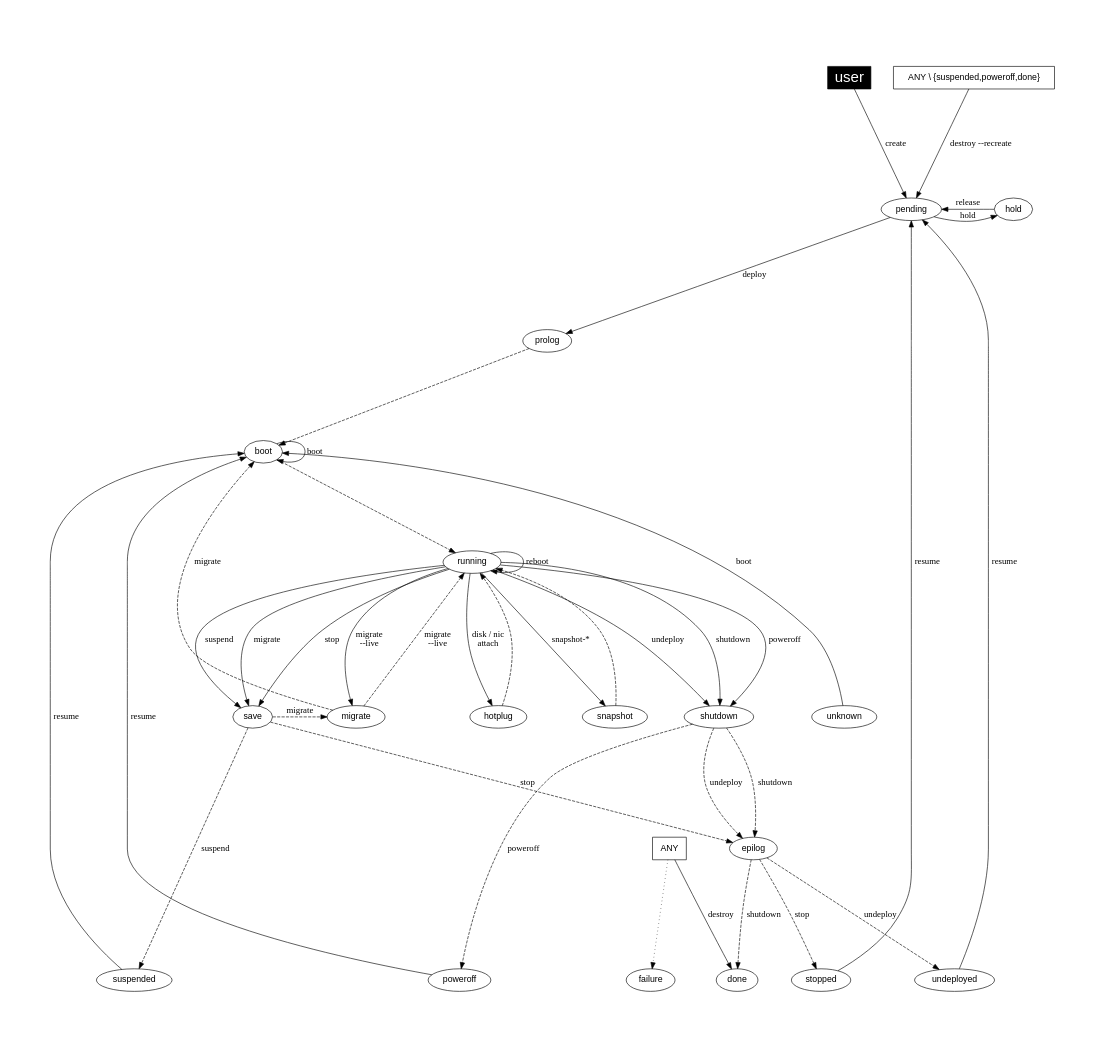
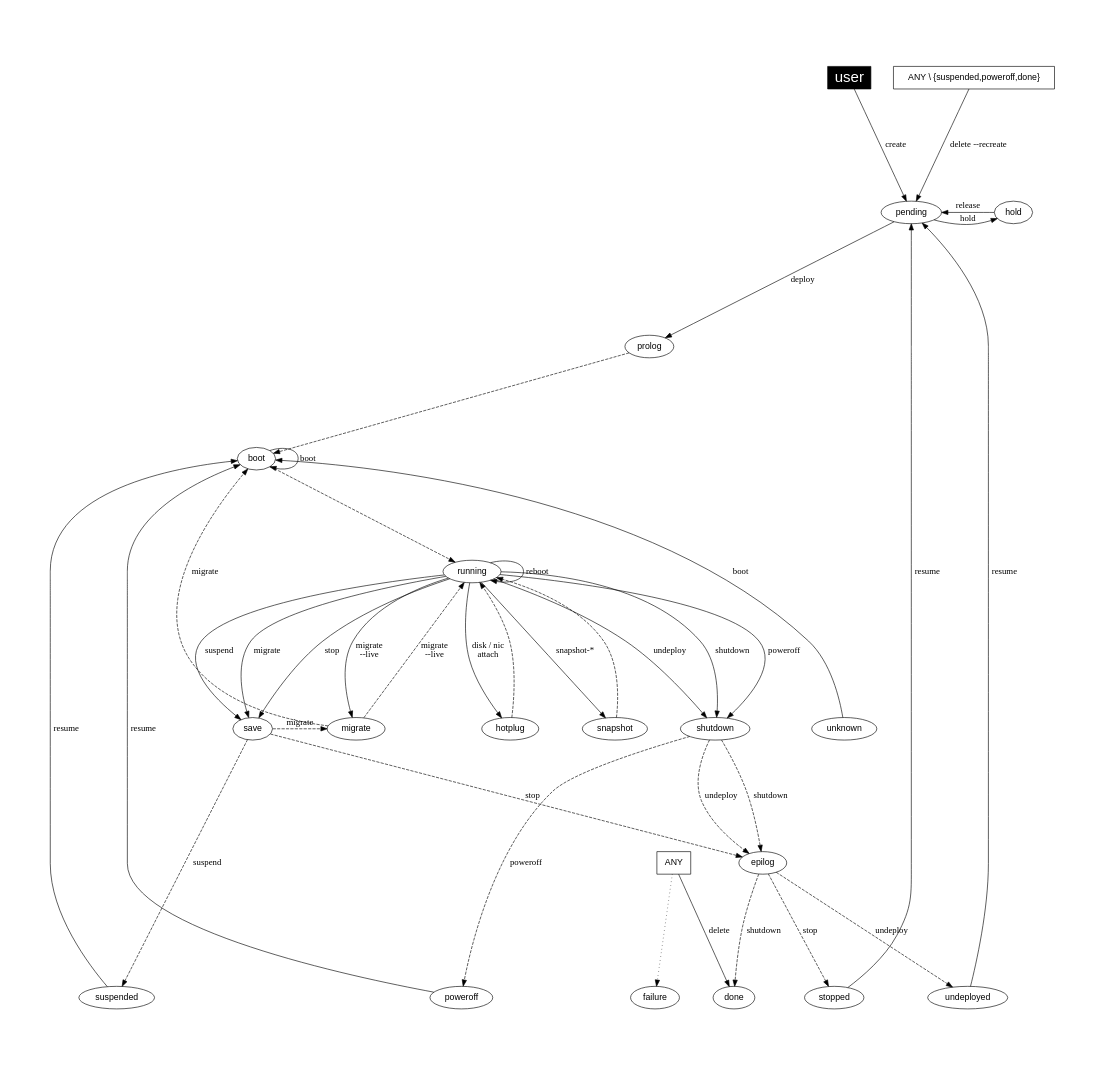
One commit to OpenNebula/one changed the diagram in share/doc/states/states-simple.dot. Above: the diagram before and after it, drawn with Graphviz. The commit also changed 16 other files, not shown here.

Commit message:
Rename onevm destroy to onevm delete

```diff
--- a/share/doc/states/states-simple.dot
+++ b/share/doc/states/states-simple.dot
@@ -1,104 +1,104 @@
 
 
 digraph OpenNebula {
     graph [
         nodesep= 0.5,
         ratio=1,
         pad=1,
     ];
 
     node [fontname="Helvetica"];
     edge [fontname="Menlo"];
     
     user [
         fillcolor="black",
         style="filled", shape="box",
         fontcolor="white", fontsize= "24.0"];
 
     ANY [ shape="box" ];
     "ANY \\ {suspended,poweroff,done}" [ shape="box" ];
 
     subgraph { rank = min; user}
     subgraph { rank = same; pending; hold; color="white"}
 #    subgraph { rank = same; prolog; boot; color="white" }
     subgraph { rank = same; migrate; save; shutdown; unknown; hotplug; snapshot;
         color="white" }
     subgraph { rank = max; suspended; done; failure; stopped; poweroff; undeployed; color="white" }
 
 #   create
     user -> pending [label="create"];
 
 #   deploy
     pending     -> prolog [label="deploy"];
     prolog      -> boot [style="dashed"];
     boot        -> running [style="dashed"];
 
 #   shutdown
     running     -> shutdown [label="shutdown"];
     shutdown    -> epilog [label="shutdown", style="dashed"];
     epilog      -> done [label="shutdown", style="dashed"];
 
 #   poweroff
     running     -> shutdown [label="poweroff"];
     shutdown    -> poweroff [label="poweroff", style="dashed"];
 
 #   livemigrate
     running     -> migrate [label="migrate\n--live"];
     migrate     -> running [label="migrate\n--live", style="dashed"];
 
 #   migrate
     running     -> save [label="migrate"];
     save        -> migrate [label="migrate", style="dashed"];
     migrate     -> boot [label="migrate", style="dashed"];
 
 #   hold
     pending     -> hold [label="hold"];
 
 #   release
     hold        -> pending [label="release"];
 
 #   stop
     running     -> save [label="stop"];
     save        -> epilog [label="stop", style="dashed"];
     epilog      -> stopped [label="stop", style="dashed"];
 
 #   undeploy
     running     -> shutdown [label="undeploy"];
     shutdown    -> epilog [label="undeploy", style="dashed"];
     epilog      -> undeployed [label="undeploy", style="dashed"];
 
 #   suspend
     running     -> save [label="suspend"];
     save        -> suspended [label="suspend", style="dashed"];
 
 #   resume
     stopped     -> pending [label="resume"];
     undeployed  -> pending [label="resume"];
     suspended   -> boot [label="resume"];
     poweroff    -> boot [label="resume"];
 
 #   delete
-    ANY         -> done [label="destroy"];
+    ANY         -> done [label="delete"];
 
 #   restart
     unknown     -> boot [label="boot"];
     boot        -> boot [label="boot"];
 
 #   reboot
     running     -> running [label="reboot"];
 
 #   disk-attach nic-attach
 #    running     -> hotplug [label="disk / nic -\n attach / detach"]
     running     -> hotplug [label="disk / nic\nattach"]
     hotplug     -> running [style="dashed"];
 
 #   snapshot
     running     -> snapshot [label="snapshot-*"]
     snapshot    -> running [style="dashed"];
 
 #   resubmit
-    "ANY \\ {suspended,poweroff,done}" -> pending [label="destroy --recreate"];
+    "ANY \\ {suspended,poweroff,done}" -> pending [label="delete --recreate"];
 
 #   failures and misc.
     ANY         -> failure [style="dotted"];
 }
```
